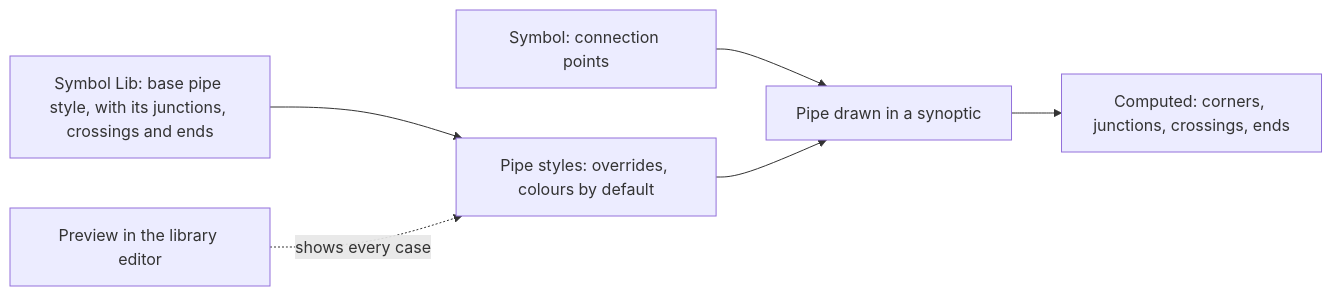
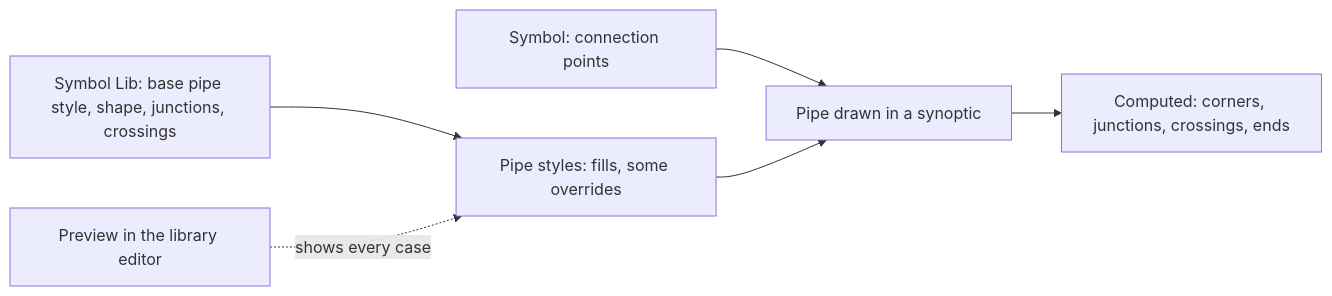
Before and after one commit to AlexandreGallais/synoptic-studio-spec: the first of 2 diagrams in symbols/pipes/README.md, drawn with Mermaid. The commit also changed other lines of this file and 12 other files, not shown here.

First line of the commit message:
docs(pipes): move fills to pipe styles and add built-in enums

````diff
--- a/symbols/pipes/README.md
+++ b/symbols/pipes/README.md
@@ -30,8 +31,8 @@
 ```mermaid
 flowchart LR
     SY["Symbol: connection points"] --> P["Pipe drawn in a synoptic"]
-    B["Symbol Lib: base pipe style, with its junctions, crossings and ends"] --> L["Pipe styles: overrides, colours by default"]
+    B["Symbol Lib: base pipe style, shape, junctions, crossings"] --> L["Pipe styles: fills, some overrides"]
     L --> P
     P --> C["Computed: corners, junctions, crossings, ends"]
     T["Preview in the library editor"] -.->|"shows every case"| L
 ```
````
